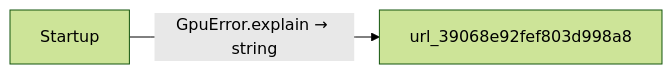
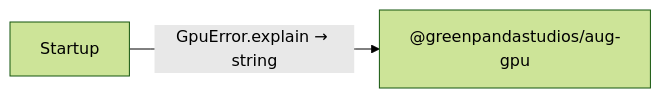
The third of 3 diagrams in docs/examples/native-gpu/diagrams/index.md (GreenPandaStudios/augscript), drawn with Mermaid (forest theme) before and after one commit. The commit also changed other lines of this file and 133 other files, not shown here.

````diff
--- a/docs/examples/native-gpu/diagrams/index.md
+++ b/docs/examples/native-gpu/diagrams/index.md
@@ -41,6 +41,6 @@
 ```mermaid
 flowchart LR
     n0["Startup"]
-    n1["url_39068e92fef803d998a8"]
+    n1["@greenpandastudios/aug-gpu"]
     n0 -->|"GpuError.explain → string"| n1
 ```
````
